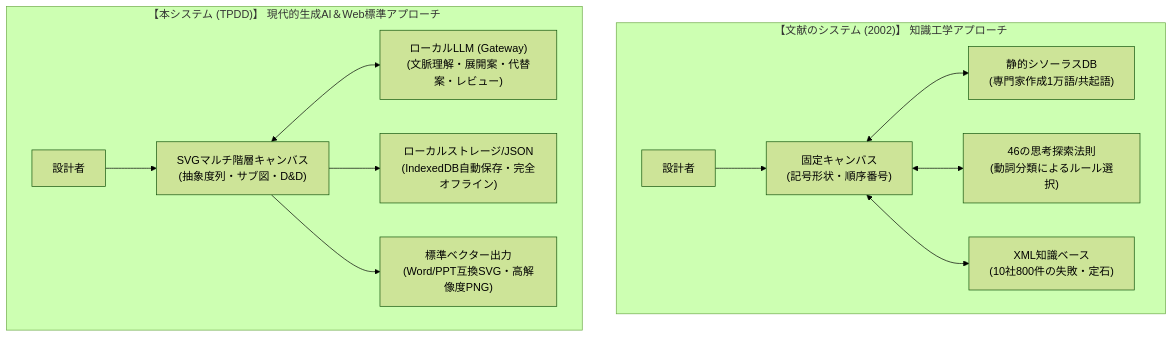
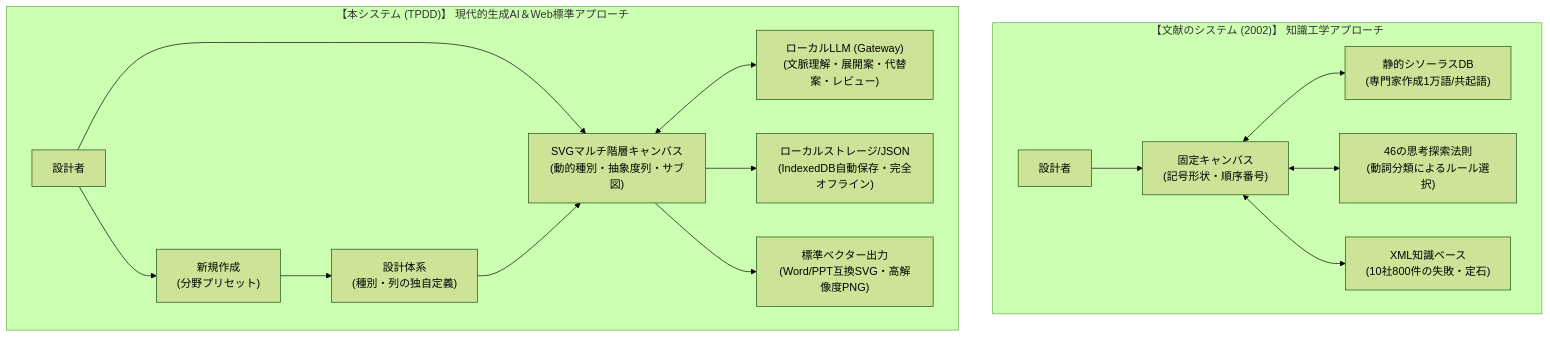
One commit to Kenn-Tanaka/FailurePrism changed the diagram in docs/tpdd/DIFFERENCE_ANALYSIS.md. Above: the diagram before and after it, drawn with Mermaid (forest theme). The commit also changed other lines of this file and 43 other files, not shown here.

````diff
--- a/docs/tpdd/DIFFERENCE_ANALYSIS.md
+++ b/docs/tpdd/DIFFERENCE_ANALYSIS.md
@@ -36,16 +36,19 @@
 ```mermaid
 flowchart TD
     subgraph Literature["【文献のシステム (2002)】 知識工学アプローチ"]
         L_User["設計者"] --> L_Canvas["固定キャンバス\n(記号形状・順序番号)"]
         L_Canvas <--> L_Thesaurus["静的シソーラスDB\n(専門家作成1万語/共起語)"]
         L_Canvas <--> L_Rules["46の思考探索法則\n(動詞分類によるルール選択)"]
         L_Canvas <--> L_Knowledge["XML知識ベース\n(10社800件の失敗・定石)"]
     end
 
     subgraph TPDD["【本システム (TPDD)】 現代的生成AI＆Web標準アプローチ"]
-        S_User["設計者"] --> S_Editor["SVGマルチ階層キャンバス\n(抽象度列・サブ図・D&D)"]
+        S_User["設計者"] --> S_Editor["SVGマルチ階層キャンバス\n(動的種別・抽象度列・サブ図)"]
+        S_User --> S_Preset["新規作成\n(分野プリセット)"]
+        S_Preset --> S_System["設計体系\n(種別・列の独自定義)"]
+        S_System --> S_Editor
         S_Editor <--> S_LLM["ローカルLLM (Gateway)\n(文脈理解・展開案・代替案・レビュー)"]
         S_Editor --> S_Storage["ローカルストレージ/JSON\n(IndexedDB自動保存・完全オフライン)"]
         S_Editor --> S_Export["標準ベクター出力\n(Word/PPT互換SVG・高解像度PNG)"]
     end
 ```
````
